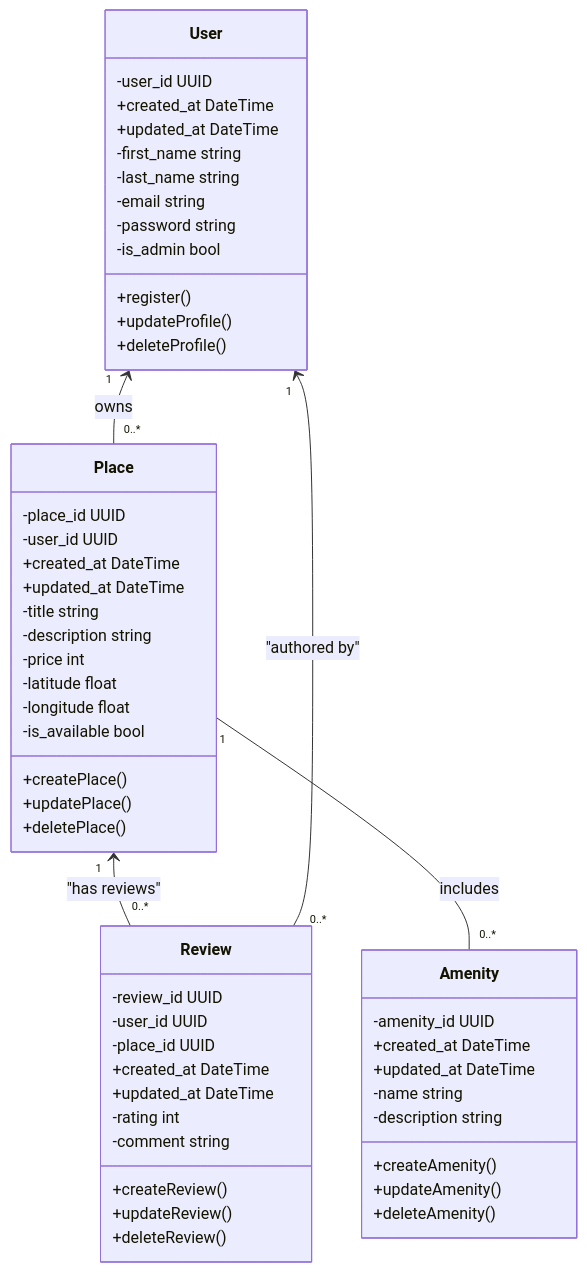
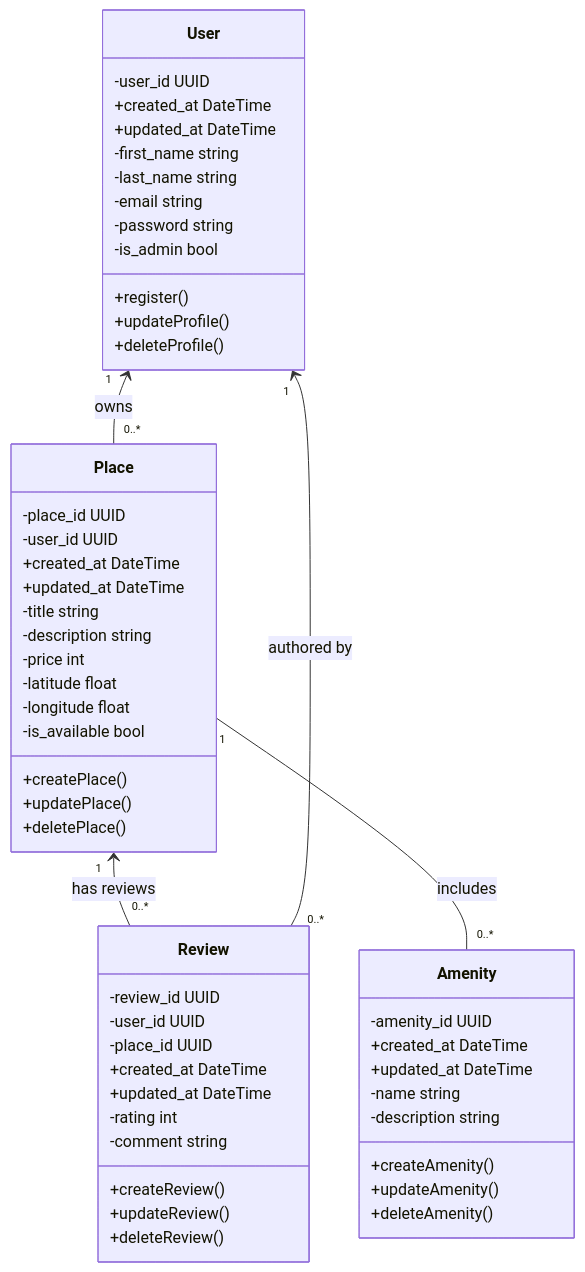
Before and after one commit to mnarzaid247-stack/holbertonschool-hbnb: the second of 6 diagrams in part1/README.md, drawn with Mermaid. The commit also changed other lines of this file and 1 other file, not shown here.

````diff
--- a/part1/README.md
+++ b/part1/README.md
@@ -112,63 +149,61 @@
 ```mermaid
 classDiagram
     class User {
         -user_id UUID
         +created_at DateTime
         +updated_at DateTime
         -first_name string
         -last_name string
         -email string
         -password string
         -is_admin bool
         +register()
         +updateProfile()
         +deleteProfile()
     }
 
     class Place {
         -place_id UUID
         -user_id UUID
         +created_at DateTime
         +updated_at DateTime
         -title string
         -description string
         -price int
         -latitude float
         -longitude float
         -is_available bool
         +createPlace()
         +updatePlace()
         +deletePlace()
     }
 
     class Amenity {
         -amenity_id UUID
         +created_at DateTime
         +updated_at DateTime
         -name string
         -description string
         +createAmenity()
         +updateAmenity()
         +deleteAmenity()
     }
 
     class Review {
         -review_id UUID
         -user_id UUID
         -place_id UUID
         +created_at DateTime
         +updated_at DateTime
         -rating int
         -comment string
         +createReview()
         +updateReview()
         +deleteReview()
     }
 
-    %% Relationships
     User "1" <-- "0..*" Place : owns
-    Place "1" <-- "0..*" Review : "has reviews"
-    User "1" <-- "0..*" Review : "authored by"
+    Place "1" <-- "0..*" Review : has reviews
+    User "1" <-- "0..*" Review : authored by
     Place "1" -- "0..*" Amenity : includes
-
 ```
````
